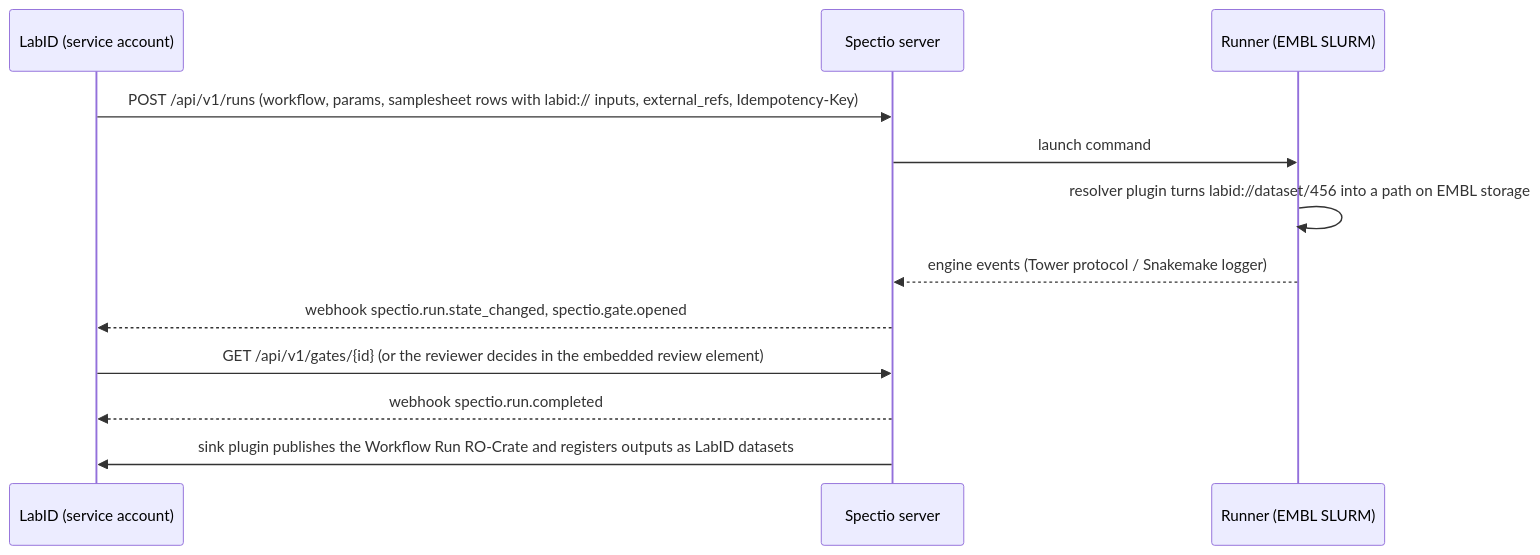
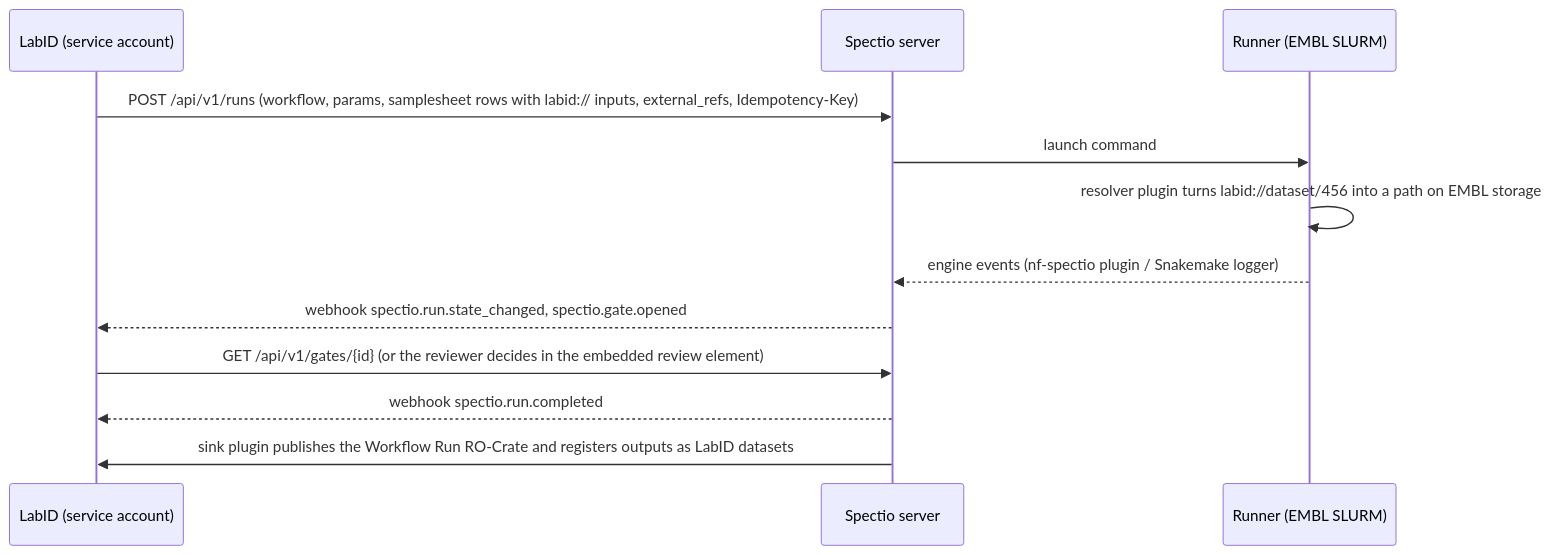
One commit to spectio-org/spectio changed the first of 2 diagrams in docs/specs/api-and-data-model.md. Above: the diagram before and after it, drawn with Mermaid. The commit also changed other lines of this file and 12 other files, not shown here.

````diff
--- a/docs/specs/api-and-data-model.md
+++ b/docs/specs/api-and-data-model.md
@@ -28,14 +28,14 @@
 ```mermaid
 sequenceDiagram
   participant L as LabID (service account)
   participant S as Spectio server
   participant R as Runner (EMBL SLURM)
   L->>S: POST /api/v1/runs (workflow, params, samplesheet rows with labid:// inputs, external_refs, Idempotency-Key)
   S->>R: launch command
   R->>R: resolver plugin turns labid://dataset/456 into a path on EMBL storage
-  R-->>S: engine events (Tower protocol / Snakemake logger)
+  R-->>S: engine events (nf-spectio plugin / Snakemake logger)
   S-->>L: webhook spectio.run.state_changed, spectio.gate.opened
   L->>S: GET /api/v1/gates/{id} (or the reviewer decides in the embedded review element)
   S-->>L: webhook spectio.run.completed
   S->>L: sink plugin publishes the Workflow Run RO-Crate and registers outputs as LabID datasets
 ```
````
